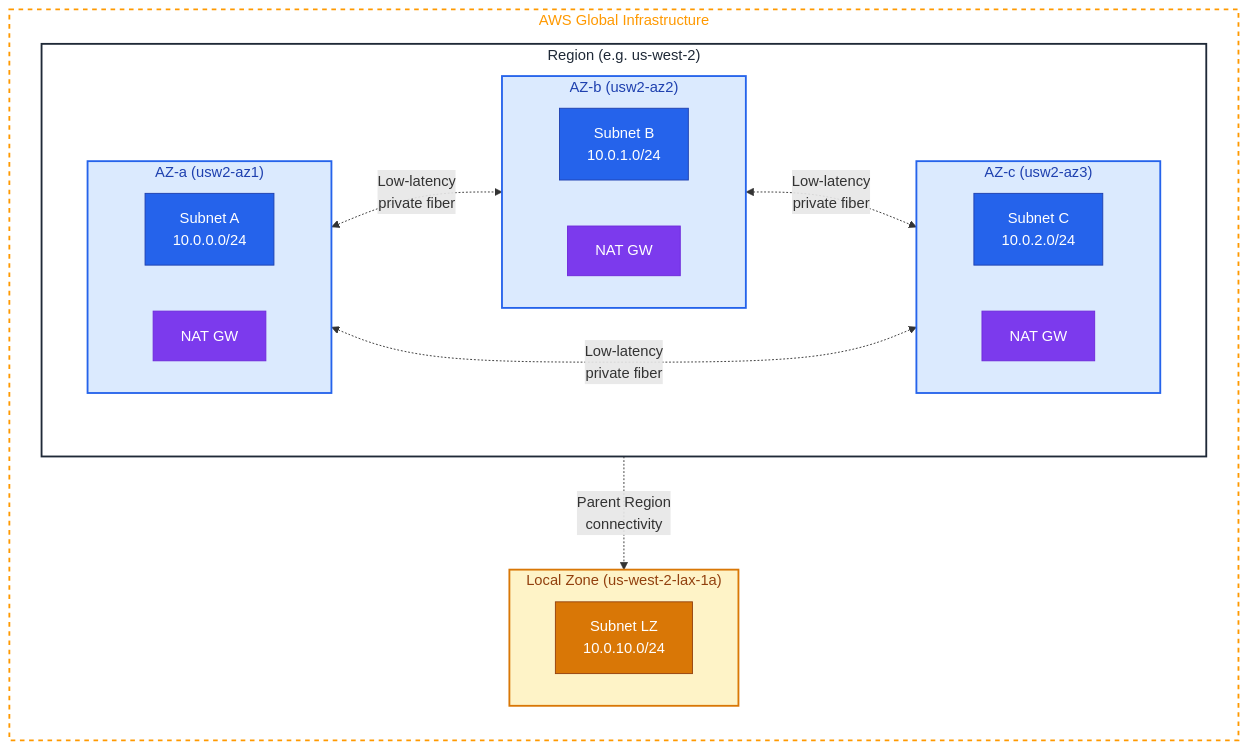
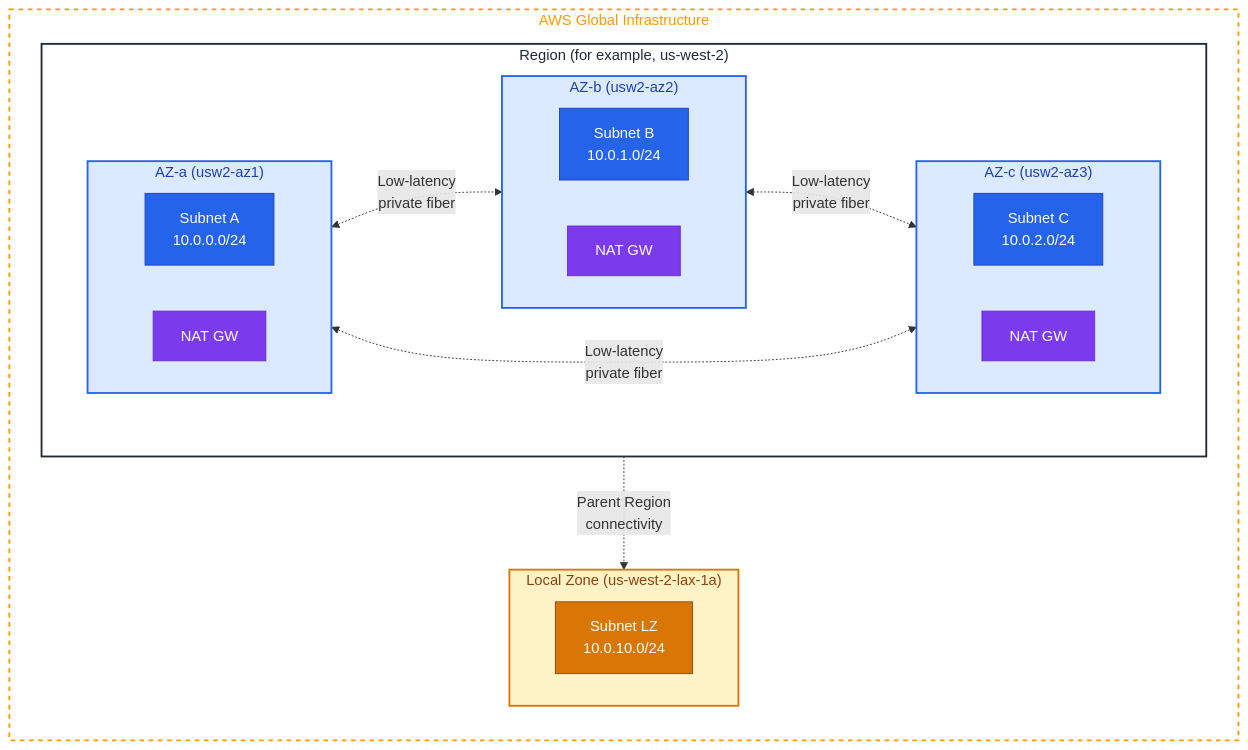
Before and after one commit to aws/aws-networking-best-practices: the diagram in content/foundation/regions-azs.md, drawn with Mermaid. The commit also changed other lines of this file and 21 other files, not shown here.

````diff
--- a/content/foundation/regions-azs.md
+++ b/content/foundation/regions-azs.md
@@ -10,48 +10,48 @@
 ``` mermaid
 graph TB
     subgraph AWS["AWS Global Infrastructure"]
         direction TB
 
-        subgraph Region["Region (e.g. us-west-2)"]
+        subgraph Region["Region (for example, us-west-2)"]
             direction LR
 
             subgraph AZ1["AZ-a  (usw2-az1)"]
                 S1["Subnet A<br/>10.0.0.0/24"]
                 NAT1["NAT GW"]
             end
 
             subgraph AZ2["AZ-b  (usw2-az2)"]
                 S2["Subnet B<br/>10.0.1.0/24"]
                 NAT2["NAT GW"]
             end
 
             subgraph AZ3["AZ-c  (usw2-az3)"]
                 S3["Subnet C<br/>10.0.2.0/24"]
                 NAT3["NAT GW"]
             end
         end
 
         subgraph LZ["Local Zone (us-west-2-lax-1a)"]
             SLZ["Subnet LZ<br/>10.0.10.0/24"]
         end
     end
 
     AZ1 <-."Low-latency<br/>private fiber".-> AZ2
     AZ2 <-."Low-latency<br/>private fiber".-> AZ3
     AZ1 <-."Low-latency<br/>private fiber".-> AZ3
     Region -."Parent Region<br/>connectivity".-> LZ
 
     style AWS fill:none,stroke:#ff9900,stroke-width:2px,stroke-dasharray:5 5,color:#ff9900
     style Region fill:none,stroke:#1f2937,stroke-width:2px,color:#1f2937
     style AZ1 fill:#dbeafe,stroke:#2563eb,stroke-width:2px,color:#1e40af
     style AZ2 fill:#dbeafe,stroke:#2563eb,stroke-width:2px,color:#1e40af
     style AZ3 fill:#dbeafe,stroke:#2563eb,stroke-width:2px,color:#1e40af
     style LZ fill:#fef3c7,stroke:#d97706,stroke-width:2px,color:#92400e
     style S1 fill:#2563eb,stroke:#1e40af,color:#fff
     style S2 fill:#2563eb,stroke:#1e40af,color:#fff
     style S3 fill:#2563eb,stroke:#1e40af,color:#fff
     style SLZ fill:#d97706,stroke:#92400e,color:#fff
     style NAT1 fill:#7c3aed,stroke:#6d28d9,color:#fff
     style NAT2 fill:#7c3aed,stroke:#6d28d9,color:#fff
     style NAT3 fill:#7c3aed,stroke:#6d28d9,color:#fff
 ```
````
